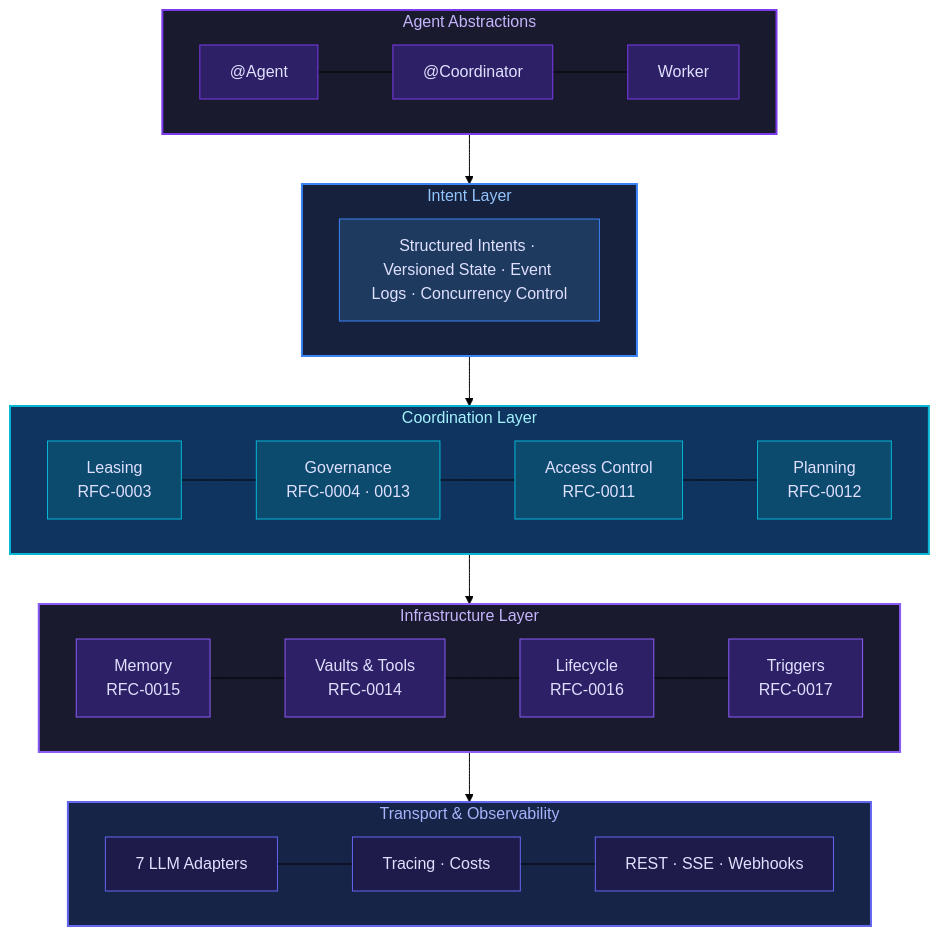
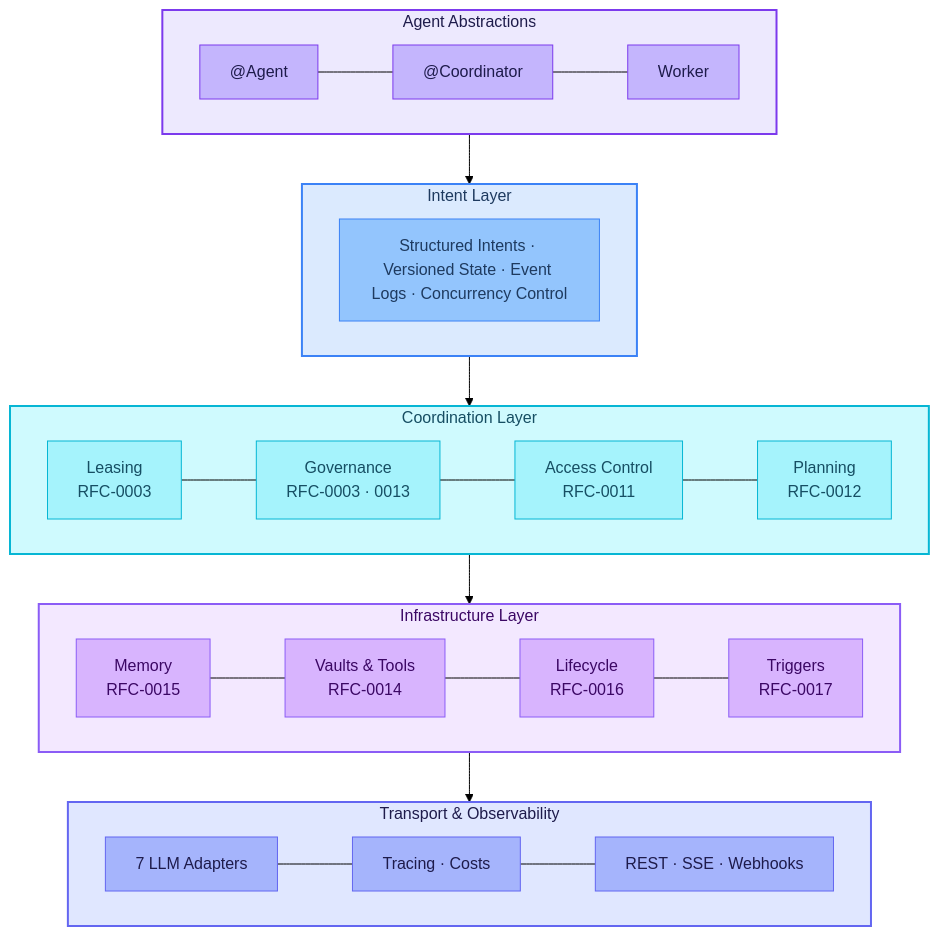
Before and after one commit to openintent-ai/openintent: the first of 4 diagrams in README.md, drawn with Mermaid (forest theme). The commit also changed other lines of this file and 60 other files, not shown here.

````diff
--- a/README.md
+++ b/README.md
@@ -29,46 +29,46 @@
 ```mermaid
 graph TB
     subgraph Agents["Agent Abstractions"]
         A1["@Agent"] --- A2["@Coordinator"] --- A3["Worker"]
     end
 
     subgraph Intent["Intent Layer"]
         I1["Structured Intents · Versioned State · Event Logs · Concurrency Control"]
     end
 
     subgraph Coord["Coordination Layer"]
-        C1["Leasing<br/>RFC-0003"] --- C2["Governance<br/>RFC-0004 · 0013"] --- C3["Access Control<br/>RFC-0011"] --- C4["Planning<br/>RFC-0012"]
+        C1["Leasing<br/>RFC-0003"] --- C2["Governance<br/>RFC-0003 · 0013"] --- C3["Access Control<br/>RFC-0011"] --- C4["Planning<br/>RFC-0012"]
     end
 
     subgraph Infra["Infrastructure Layer"]
         F1["Memory<br/>RFC-0015"] --- F2["Vaults & Tools<br/>RFC-0014"] --- F3["Lifecycle<br/>RFC-0016"] --- F4["Triggers<br/>RFC-0017"]
     end
 
     subgraph Transport["Transport & Observability"]
         T1["7 LLM Adapters"] --- T2["Tracing · Costs"] --- T3["REST · SSE · Webhooks"]
     end
 
     Agents --> Intent --> Coord --> Infra --> Transport
 
-    style Agents fill:#1a1a2e,color:#c4b5fd,stroke:#7c3aed,stroke-width:2px
-    style Intent fill:#16213e,color:#93c5fd,stroke:#3b82f6,stroke-width:2px
-    style Coord fill:#0f3460,color:#a5f3fc,stroke:#06b6d4,stroke-width:2px
-    style Infra fill:#1a1a2e,color:#c4b5fd,stroke:#8b5cf6,stroke-width:2px
-    style Transport fill:#162447,color:#a5b4fc,stroke:#6366f1,stroke-width:2px
+    style Agents fill:#ede9fe,color:#1e1b4b,stroke:#7c3aed,stroke-width:2px
+    style Intent fill:#dbeafe,color:#1e3a5f,stroke:#3b82f6,stroke-width:2px
+    style Coord fill:#cffafe,color:#164e63,stroke:#06b6d4,stroke-width:2px
+    style Infra fill:#f3e8ff,color:#3b0764,stroke:#8b5cf6,stroke-width:2px
+    style Transport fill:#e0e7ff,color:#1e1b4b,stroke:#6366f1,stroke-width:2px
 
-    style A1 fill:#2d2066,color:#e0e0ff,stroke:#7c3aed
-    style A2 fill:#2d2066,color:#e0e0ff,stroke:#7c3aed
-    style A3 fill:#2d2066,color:#e0e0ff,stroke:#7c3aed
-    style I1 fill:#1e3a5f,color:#e0e0ff,stroke:#3b82f6
-    style C1 fill:#0c4a6e,color:#e0e0ff,stroke:#06b6d4
-    style C2 fill:#0c4a6e,color:#e0e0ff,stroke:#06b6d4
-    style C3 fill:#0c4a6e,color:#e0e0ff,stroke:#06b6d4
-    style C4 fill:#0c4a6e,color:#e0e0ff,stroke:#06b6d4
-    style F1 fill:#2d2066,color:#e0e0ff,stroke:#8b5cf6
-    style F2 fill:#2d2066,color:#e0e0ff,stroke:#8b5cf6
-    style F3 fill:#2d2066,color:#e0e0ff,stroke:#8b5cf6
-    style F4 fill:#2d2066,color:#e0e0ff,stroke:#8b5cf6
-    style T1 fill:#1e1b4b,color:#e0e0ff,stroke:#6366f1
-    style T2 fill:#1e1b4b,color:#e0e0ff,stroke:#6366f1
-    style T3 fill:#1e1b4b,color:#e0e0ff,stroke:#6366f1
+    style A1 fill:#c4b5fd,color:#1e1b4b,stroke:#7c3aed
+    style A2 fill:#c4b5fd,color:#1e1b4b,stroke:#7c3aed
+    style A3 fill:#c4b5fd,color:#1e1b4b,stroke:#7c3aed
+    style I1 fill:#93c5fd,color:#1e3a5f,stroke:#3b82f6
+    style C1 fill:#a5f3fc,color:#164e63,stroke:#06b6d4
+    style C2 fill:#a5f3fc,color:#164e63,stroke:#06b6d4
+    style C3 fill:#a5f3fc,color:#164e63,stroke:#06b6d4
+    style C4 fill:#a5f3fc,color:#164e63,stroke:#06b6d4
+    style F1 fill:#d8b4fe,color:#3b0764,stroke:#8b5cf6
+    style F2 fill:#d8b4fe,color:#3b0764,stroke:#8b5cf6
+    style F3 fill:#d8b4fe,color:#3b0764,stroke:#8b5cf6
+    style F4 fill:#d8b4fe,color:#3b0764,stroke:#8b5cf6
+    style T1 fill:#a5b4fc,color:#1e1b4b,stroke:#6366f1
+    style T2 fill:#a5b4fc,color:#1e1b4b,stroke:#6366f1
+    style T3 fill:#a5b4fc,color:#1e1b4b,stroke:#6366f1
 ```
````
